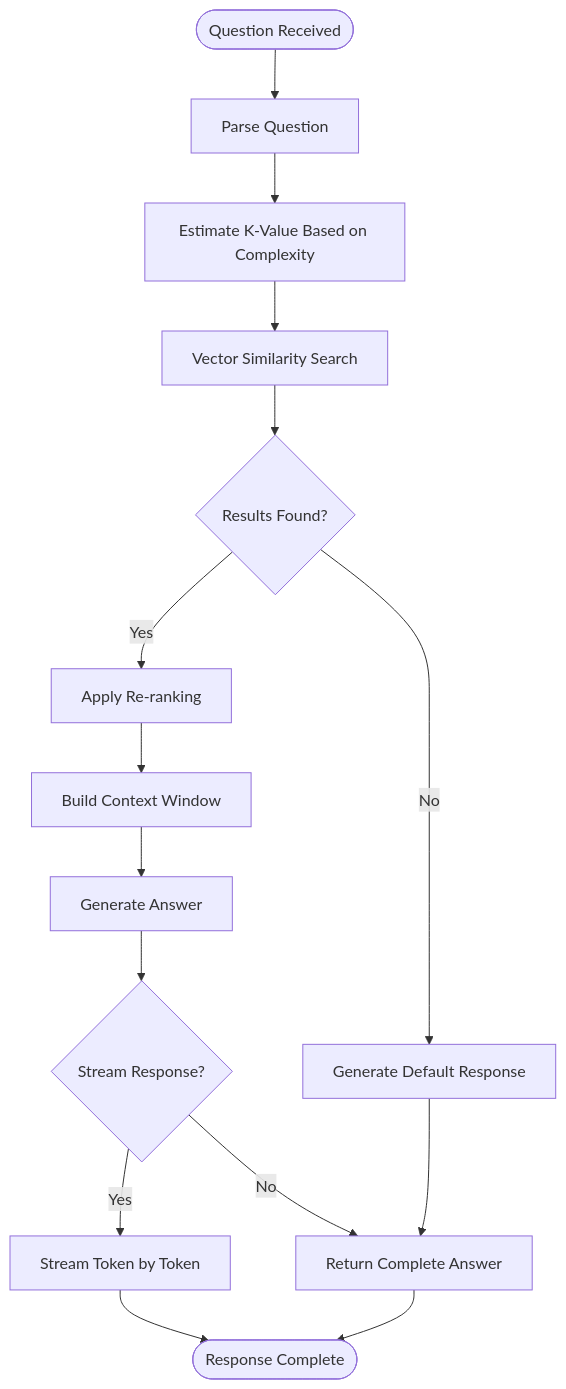
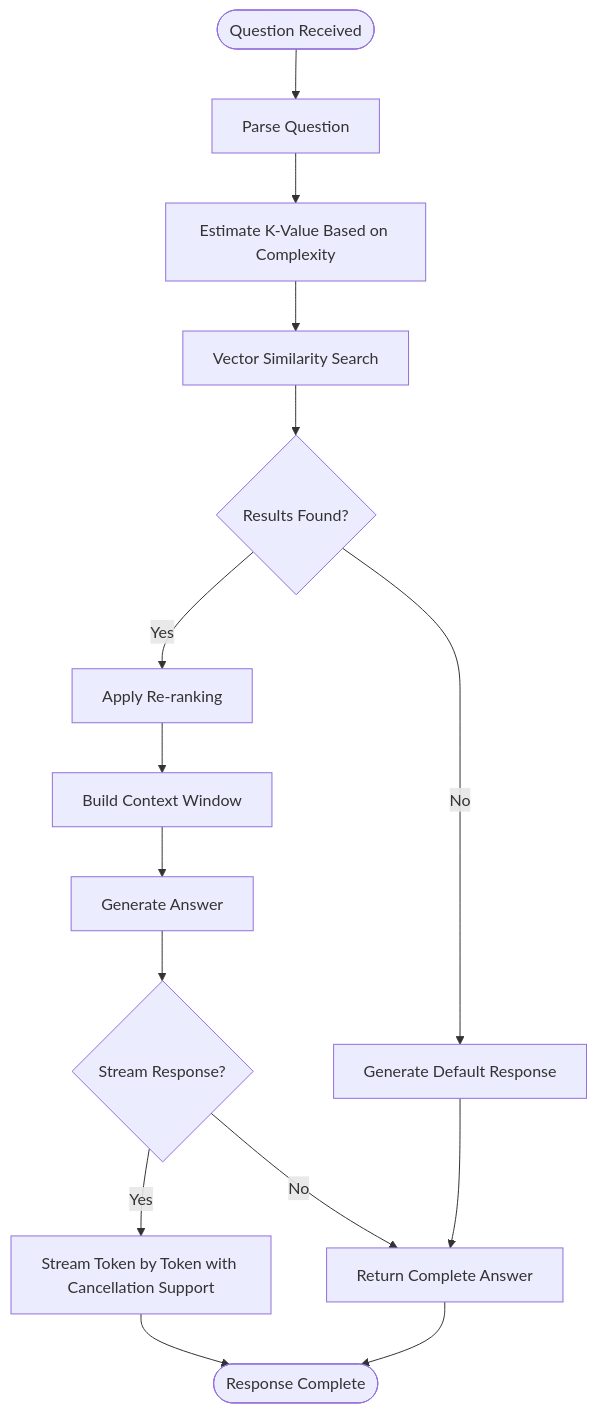
One commit to ognelis/cafetera_hr_bot changed diagram 19 of 23 in .qoder/repowiki/en/content/API Reference/RAG Microservice Architecture.md. Above: the diagram before and after it, drawn with Mermaid. The commit also changed other lines of this file and 51 other files, not shown here.

````diff
--- a/.qoder/repowiki/en/content/API Reference/RAG Microservice Architecture.md
+++ b/.qoder/repowiki/en/content/API Reference/RAG Microservice Architecture.md
@@ -506,17 +932,17 @@
 ```mermaid
 flowchart TD
 Start(["Question Received"]) --> Parse["Parse Question"]
 Parse --> EstimateK["Estimate K-Value Based on Complexity"]
 EstimateK --> Retrieve["Vector Similarity Search"]
 Retrieve --> HasResults{"Results Found?"}
 HasResults --> |No| GenerateDefault["Generate Default Response"]
 HasResults --> |Yes| Rerank["Apply Re-ranking"]
 Rerank --> Context["Build Context Window"]
 Context --> Generate["Generate Answer"]
 Generate --> Stream{"Stream Response?"}
-Stream --> |Yes| StreamTokens["Stream Token by Token"]
+Stream --> |Yes| StreamTokens["Stream Token by Token with Cancellation Support"]
 Stream --> |No| ReturnAnswer["Return Complete Answer"]
 GenerateDefault --> ReturnAnswer
 StreamTokens --> End(["Response Complete"])
 ReturnAnswer --> End
 ```
````
